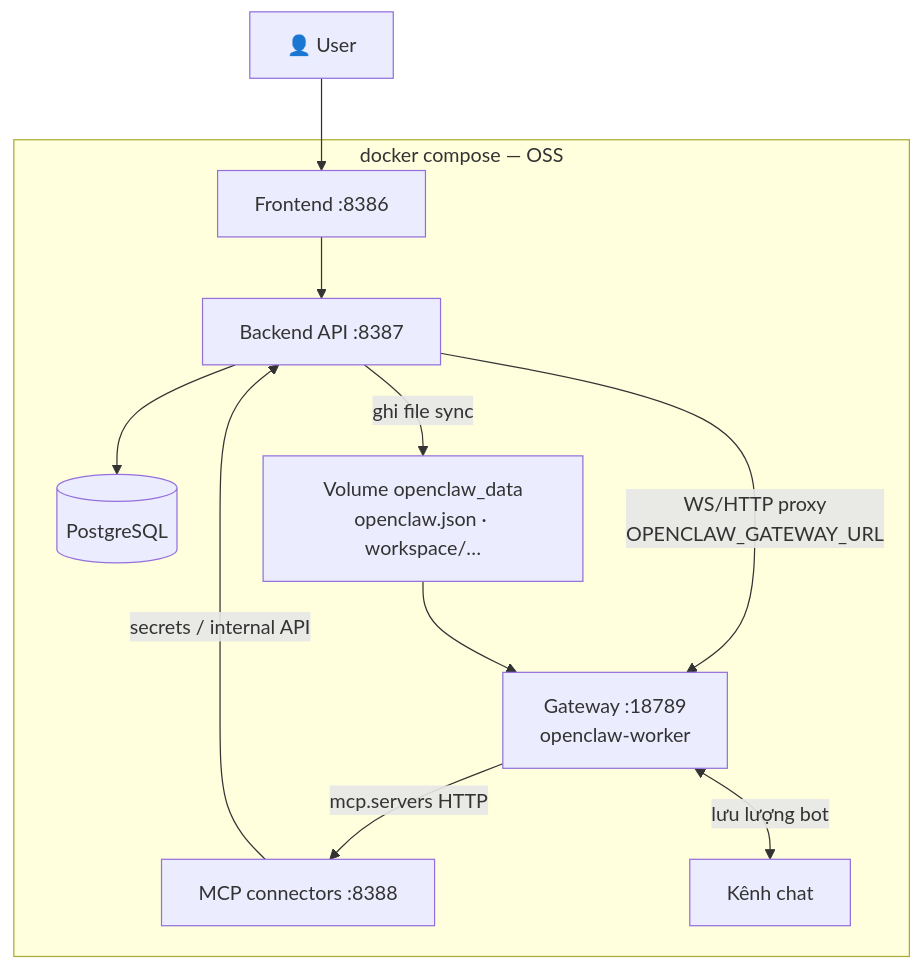
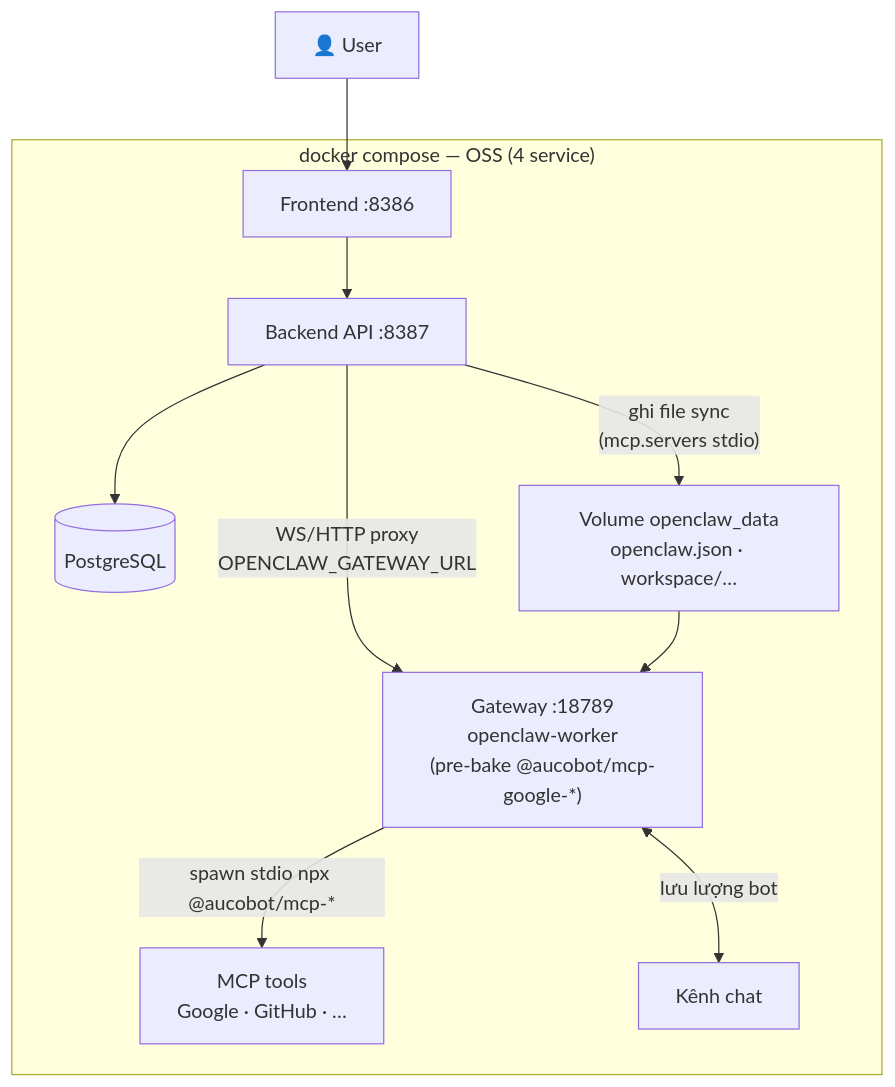
Before and after one commit to mankhb2k/claw-dashboard: the second of 17 diagrams in workflow.md, drawn with Mermaid. The commit also changed other lines of this file and 94 other files, not shown here.

Commit message:
update architecture

````diff
--- a/workflow.md
+++ b/workflow.md
@@ -128,22 +128,20 @@
 ```mermaid
 flowchart TB
     U["👤 User"]
 
-    subgraph COMPOSE["docker compose — OSS"]
+    subgraph COMPOSE["docker compose — OSS (4 service)"]
         FE["Frontend :8386"]
         API["Backend API :8387"]
         DB[("PostgreSQL")]
-        MCP["MCP connectors :8388"]
-        GW["Gateway :18789\nopenclaw-worker"]
+        GW["Gateway :18789\nopenclaw-worker\n(pre-bake @aucobot/mcp-google-*)"]
         VOL["Volume openclaw_data\nopenclaw.json · workspace/…"]
         FE --> API --> DB
-        API -->|"ghi file sync"| VOL
+        API -->|"ghi file sync\n(mcp.servers stdio)"| VOL
         API -->|"WS/HTTP proxy\nOPENCLAW_GATEWAY_URL"| GW
         VOL --> GW
-        GW -->|"mcp.servers HTTP"| MCP
-        MCP -->|"secrets / internal API"| API
+        GW -->|"spawn stdio npx @aucobot/mcp-*"| MCP["MCP tools\nGoogle · GitHub · …"]
         GW <-->|"lưu lượng bot"| CH["Kênh chat"]
     end
 
     U --> FE
 ```
````
